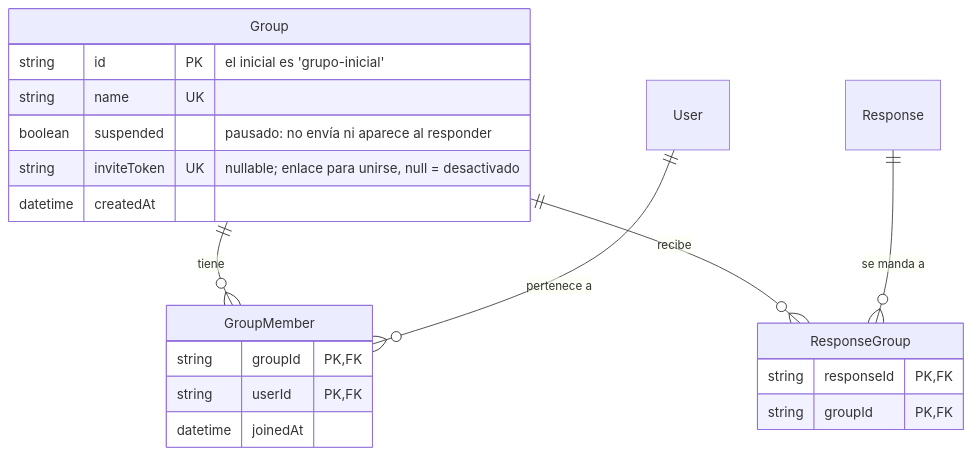
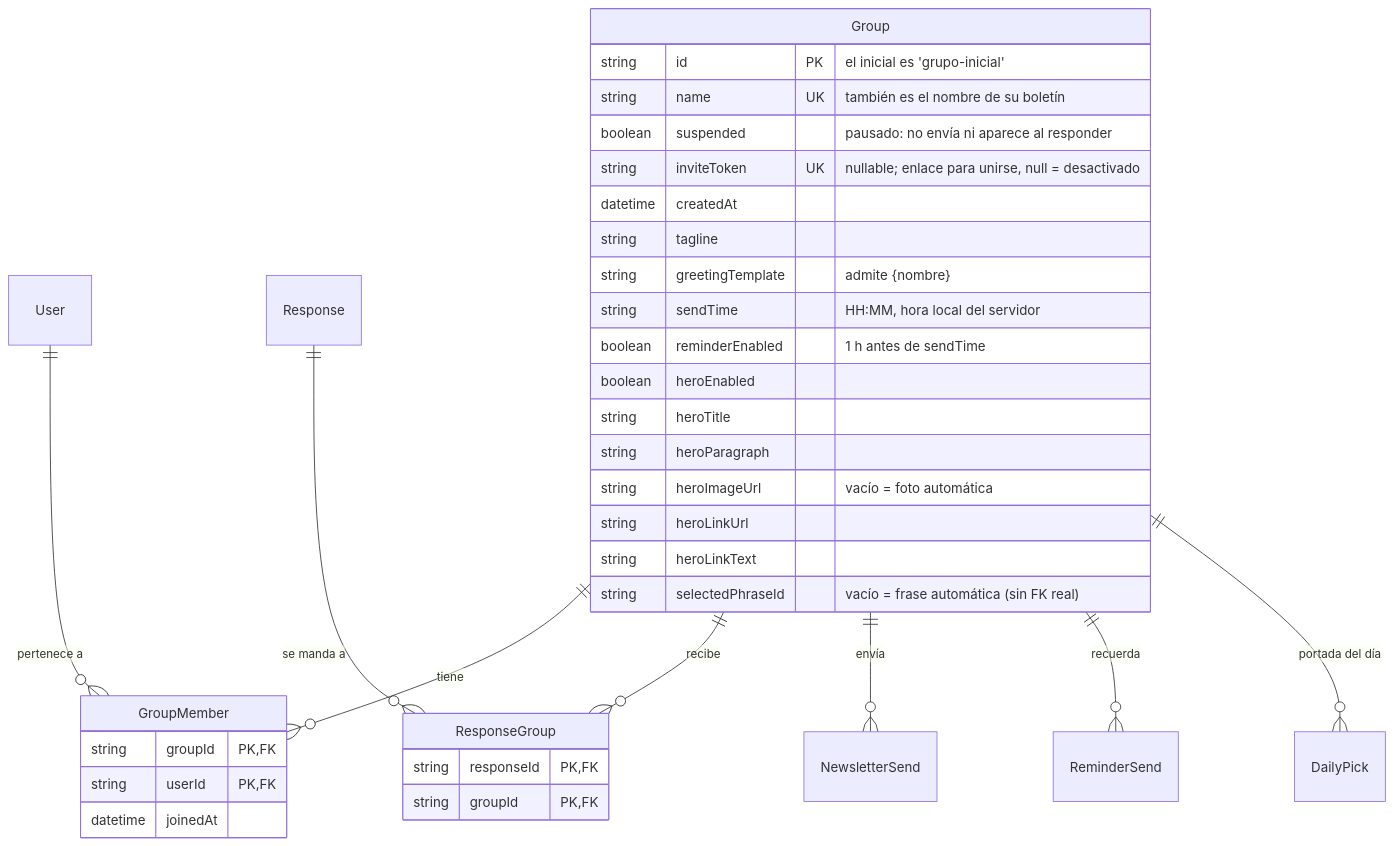
One commit to rominavc99/wygh-public changed the second of 4 diagrams in docs/BASE-DE-DATOS.md. Above: the diagram before and after it, drawn with Mermaid. The commit also changed other lines of this file and 36 other files, not shown here.

````diff
--- a/docs/BASE-DE-DATOS.md
+++ b/docs/BASE-DE-DATOS.md
@@ -106,26 +106,40 @@
 ```mermaid
 erDiagram
     Group ||--o{ GroupMember : "tiene"
     User ||--o{ GroupMember : "pertenece a"
     Group ||--o{ ResponseGroup : "recibe"
     Response ||--o{ ResponseGroup : "se manda a"
+    Group ||--o{ NewsletterSend : "envía"
+    Group ||--o{ ReminderSend : "recuerda"
+    Group ||--o{ DailyPick : "portada del día"
 
     Group {
         string id PK "el inicial es 'grupo-inicial'"
-        string name UK
+        string name UK "también es el nombre de su boletín"
         boolean suspended "pausado: no envía ni aparece al responder"
         string inviteToken UK "nullable; enlace para unirse, null = desactivado"
         datetime createdAt
+        string tagline
+        string greetingTemplate "admite {nombre}"
+        string sendTime "HH:MM, hora local del servidor"
+        boolean reminderEnabled "1 h antes de sendTime"
+        boolean heroEnabled
+        string heroTitle
+        string heroParagraph
+        string heroImageUrl "vacío = foto automática"
+        string heroLinkUrl
+        string heroLinkText
+        string selectedPhraseId "vacío = frase automática (sin FK real)"
     }
 
     GroupMember {
         string groupId PK,FK
         string userId PK,FK
         datetime joinedAt
     }
 
     ResponseGroup {
         string responseId PK,FK
         string groupId PK,FK
     }
 ```
````
